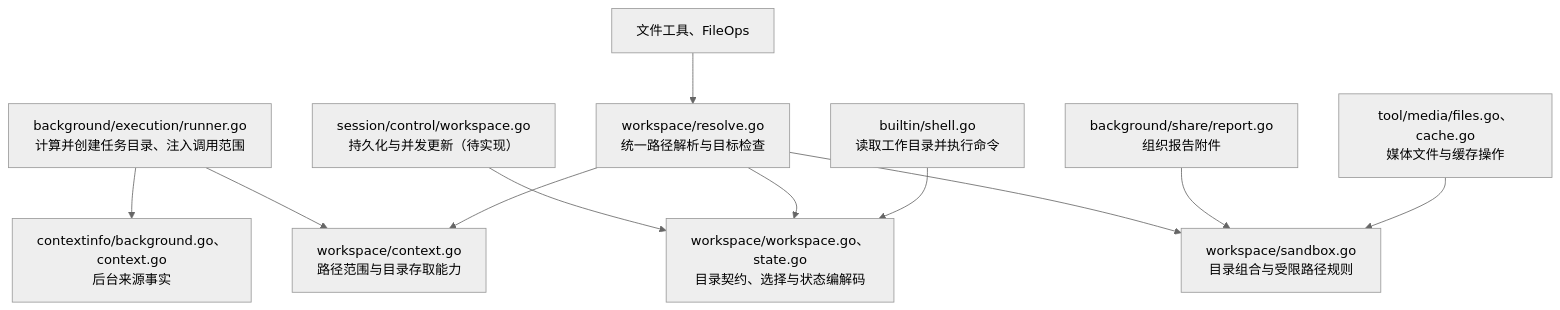
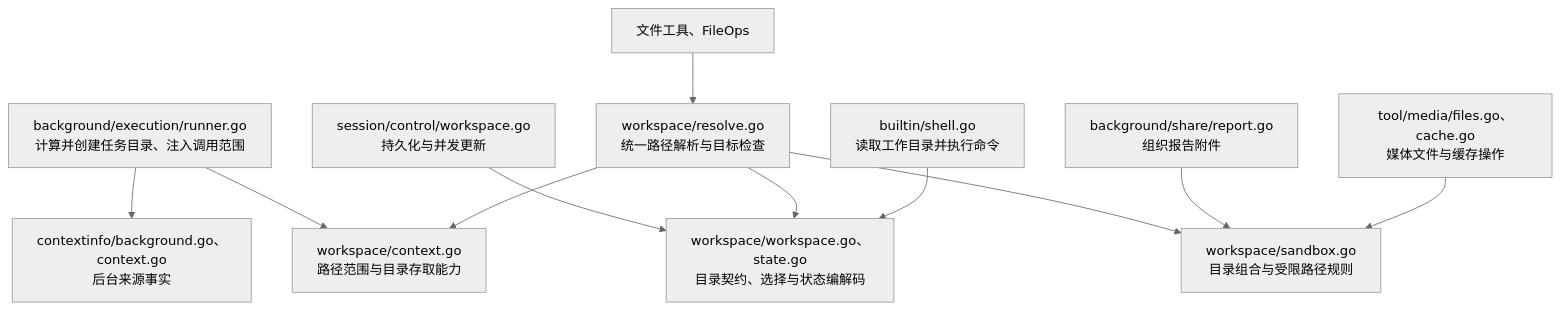
One commit to Elflare/elbot changed the third of 15 diagrams in devdocs/architecture.md. Above: the diagram before and after it, drawn with Mermaid (neutral theme). The commit also changed other lines of this file and 36 other files, not shown here.

````diff
--- a/devdocs/architecture.md
+++ b/devdocs/architecture.md
@@ -97,13 +97,13 @@
 ```mermaid
 flowchart TD
     B["background/execution/runner.go<br/>计算并创建任务目录、注入调用范围"] --> C["workspace/context.go<br/>路径范围与目录存取能力"]
     B --> F["contextinfo/background.go、context.go<br/>后台来源事实"]
-    S["session/control/workspace.go<br/>持久化与并发更新（待实现）"] --> W["workspace/workspace.go、state.go<br/>目录契约、选择与状态编解码"]
+    S["session/control/workspace.go<br/>持久化与并发更新"] --> W["workspace/workspace.go、state.go<br/>目录契约、选择与状态编解码"]
     R["workspace/resolve.go<br/>统一路径解析与目标检查"] --> C
     R --> W
     R --> P["workspace/sandbox.go<br/>目录组合与受限路径规则"]
     T["文件工具、FileOps"] --> R
     SH["builtin/shell.go<br/>读取工作目录并执行命令"] --> W
     O["background/share/report.go<br/>组织报告附件"] --> P
     M["tool/media/files.go、cache.go<br/>媒体文件与缓存操作"] --> P
 ```
````
